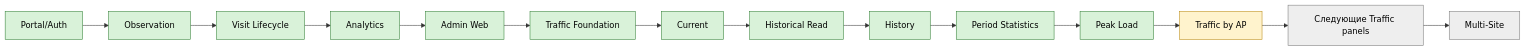
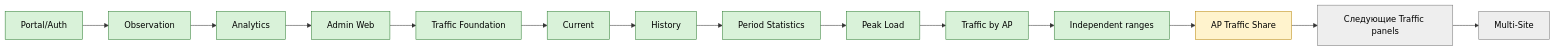
Before and after one commit to ZaurNavi/CaptivePortal: diagram 16 of 18 in README_RU.md, drawn with Mermaid. The commit also changed other lines of this file and 11 other files, not shown here.

Commit message:
docs: reconcile TRAFFIC-05 and independent ranges production state

````diff
--- a/README_RU.md
+++ b/README_RU.md
@@ -793,20 +791,20 @@
 ```mermaid
 flowchart LR
     P[Portal/Auth]:::done --> O[Observation]:::done
-    O --> V[Visit Lifecycle]:::done
-    V --> A[Analytics]:::done
+    O --> A[Analytics]:::done
     A --> W[Admin Web]:::done
     W --> T0[Traffic Foundation]:::done
     T0 --> T1[Current]:::done
-    T1 --> T2R[Historical Read]:::done
-    T2R --> T2[History]:::done
+    T1 --> T2[History]:::done
     T2 --> T3[Period Statistics]:::done
     T3 --> T4[Peak Load]:::done
-    T4 --> T5[Traffic by AP]:::next
-    T5 --> TP[Следующие Traffic panels]:::future
+    T4 --> T5[Traffic by AP]:::done
+    T5 --> R[Independent ranges]:::done
+    R --> T6[AP Traffic Share]:::next
+    T6 --> TP[Следующие Traffic panels]:::future
     TP --> MS[Multi-Site]:::future
 
     classDef done fill:#d9f2d9,stroke:#2e7d32,color:#000;
     classDef next fill:#fff3cd,stroke:#b8860b,color:#000;
     classDef future fill:#eeeeee,stroke:#777,color:#000;
 ```
````
